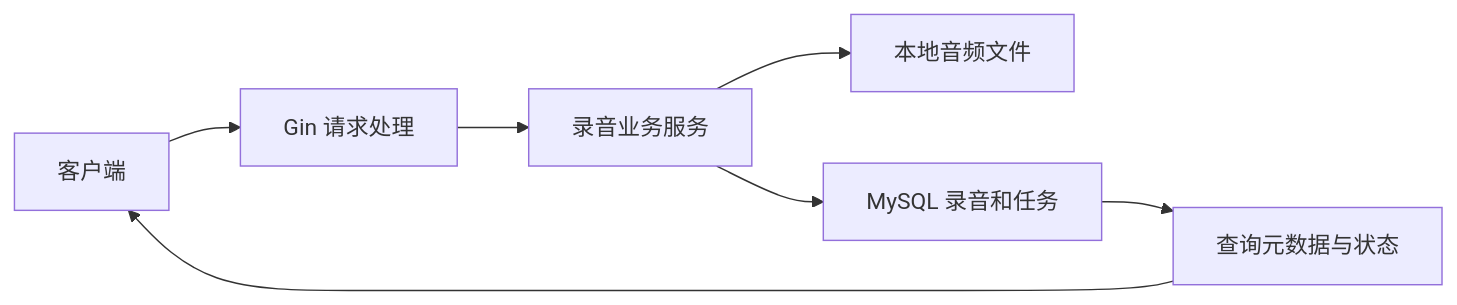
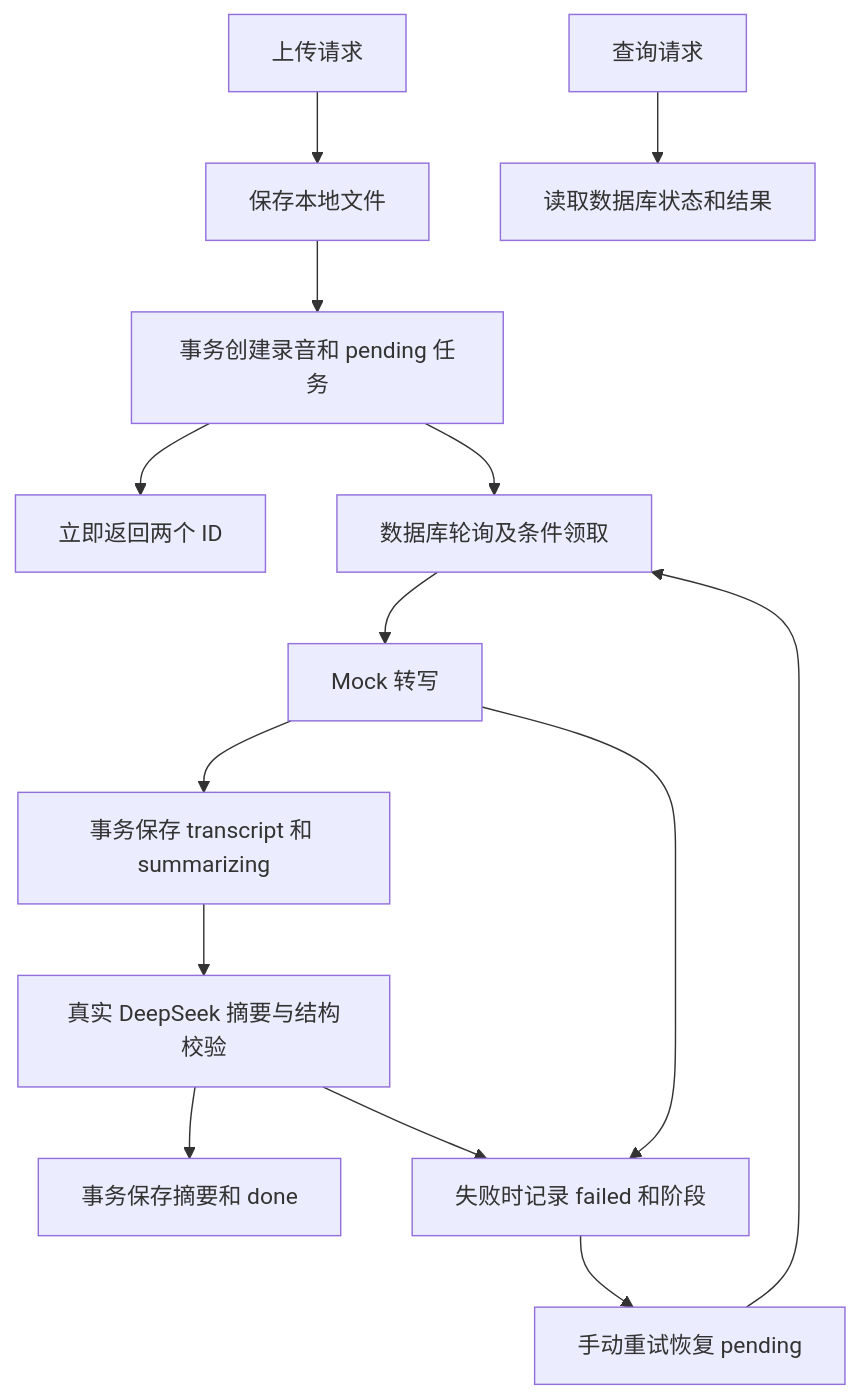
Before and after one commit to WoAiXueXiHa/AudioRecording: the diagram in README.md, drawn with Mermaid. The commit also changed other lines of this file and 1 other file, not shown here.

````diff
--- a/README.md
+++ b/README.md
@@ -55,9 +64,16 @@
 ```mermaid
-flowchart LR
-    C[客户端] --> H[Gin 请求处理]
-    H --> S[录音业务服务]
-    S --> F[本地音频文件]
-    S --> D[MySQL 录音和任务]
-    D --> Q[查询元数据与状态]
-    Q --> C
+flowchart TD
+    A[上传请求] --> B[保存本地文件]
+    B --> C[事务创建录音和 pending 任务]
+    C --> D[立即返回两个 ID]
+    C --> E[数据库轮询及条件领取]
+    E --> F[Mock 转写]
+    F --> G[事务保存 transcript 和 summarizing]
+    G --> H[真实 DeepSeek 摘要与结构校验]
+    H --> I[事务保存摘要和 done]
+    F --> J[失败时记录 failed 和阶段]
+    H --> J
+    J --> K[手动重试恢复 pending]
+    K --> E
+    L[查询请求] --> M[读取数据库状态和结果]
 ```
````
